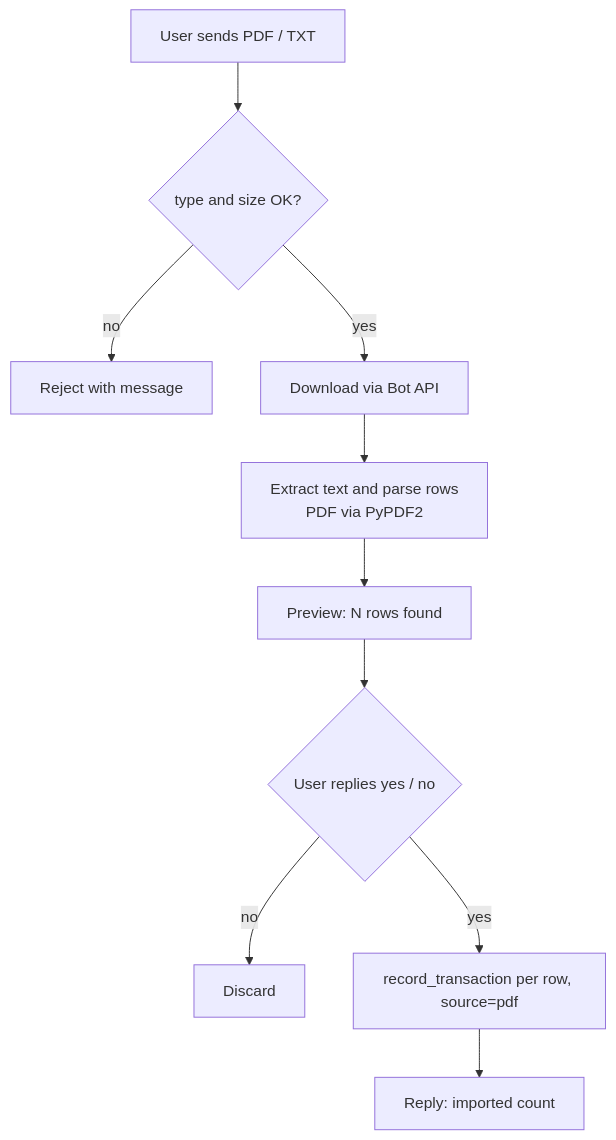
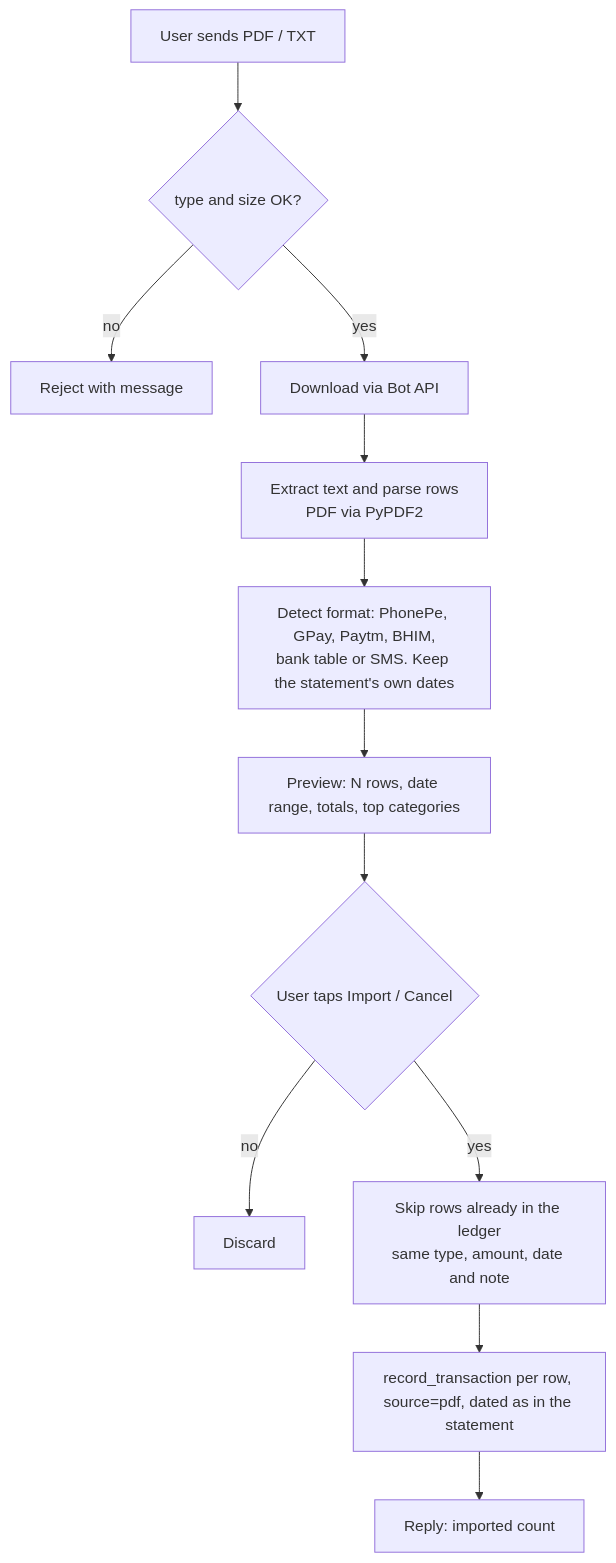
Before and after one commit to FissionLife/WalletLedger: the seventh of 12 diagrams in docs/ARCHITECTURE.md, drawn with Mermaid. The commit also changed other lines of this file and 8 other files, not shown here.

First line of the commit message:
docs: add project guide, plain answer on who can read encrypted data, new architecture diagrams

````diff
--- a/docs/ARCHITECTURE.md
+++ b/docs/ARCHITECTURE.md
@@ -174,12 +179,14 @@
 ```mermaid
 flowchart TD
     A[User sends PDF / TXT] --> B{type and size OK?}
     B -- no --> X[Reject with message]
     B -- yes --> C[Download via Bot API]
     C --> D[Extract text and parse rows<br/>PDF via PyPDF2]
-    D --> E[Preview: N rows found]
-    E --> F{User replies yes / no}
+    D --> D2[Detect format: PhonePe, GPay, Paytm, BHIM,<br/>bank table or SMS. Keep the statement's own dates]
+    D2 --> E[Preview: N rows, date range, totals, top categories]
+    E --> F{User taps Import / Cancel}
     F -- no --> X2[Discard]
-    F -- yes --> G[record_transaction per row, source=pdf]
+    F -- yes --> DD[Skip rows already in the ledger<br/>same type, amount, date and note]
+    DD --> G[record_transaction per row, source=pdf, dated as in the statement]
     G --> H[Reply: imported count]
 ```
````
